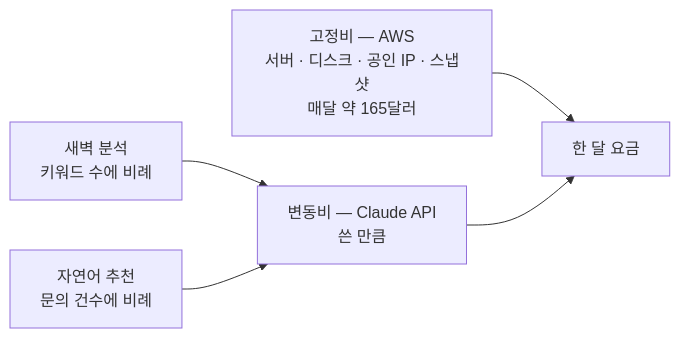
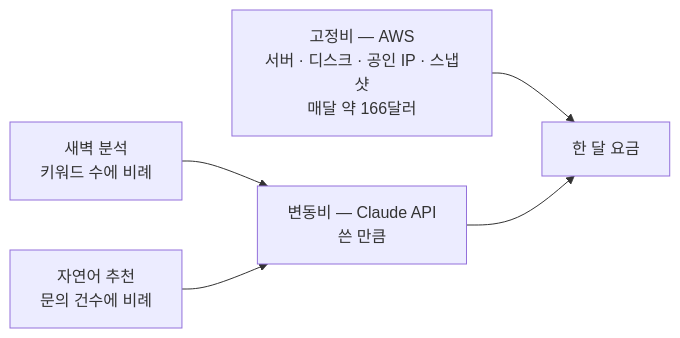
The diagram in docs/00-개요/04-월-비용-계산.md (hsw4606/ddalgiro-ai-agent), drawn with Mermaid before and after one commit. The commit also changed other lines of this file and 38 other files, not shown here.

````diff
--- a/docs/00-개요/04-월-비용-계산.md
+++ b/docs/00-개요/04-월-비용-계산.md
@@ -15,7 +15,7 @@
 ```mermaid
 flowchart LR
-    F["고정비 — AWS<br/>서버 · 디스크 · 공인 IP · 스냅샷<br/>매달 약 165달러"] --> T["한 달 요금"]
+    F["고정비 — AWS<br/>서버 · 디스크 · 공인 IP · 스냅샷<br/>매달 약 166달러"] --> T["한 달 요금"]
     V1["새벽 분석<br/>키워드 수에 비례"] --> V["변동비 — Claude API<br/>쓴 만큼"]
     V2["자연어 추천<br/>문의 건수에 비례"] --> V
     V --> T
 ```
````
